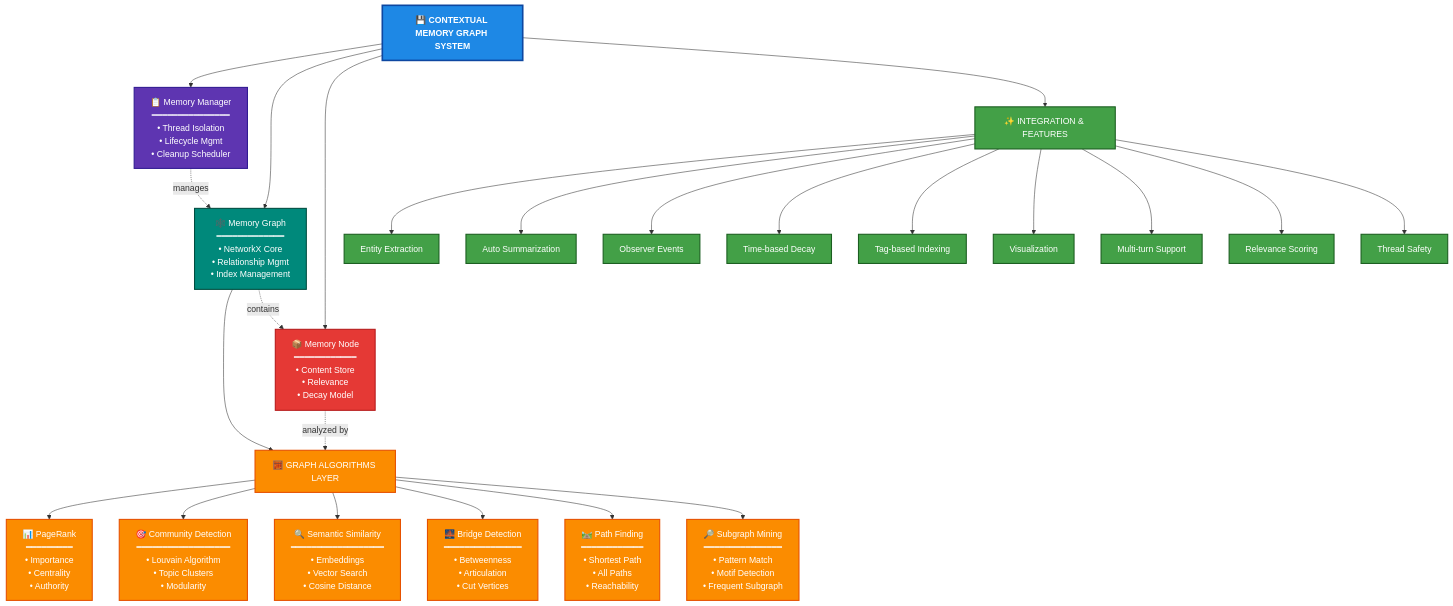
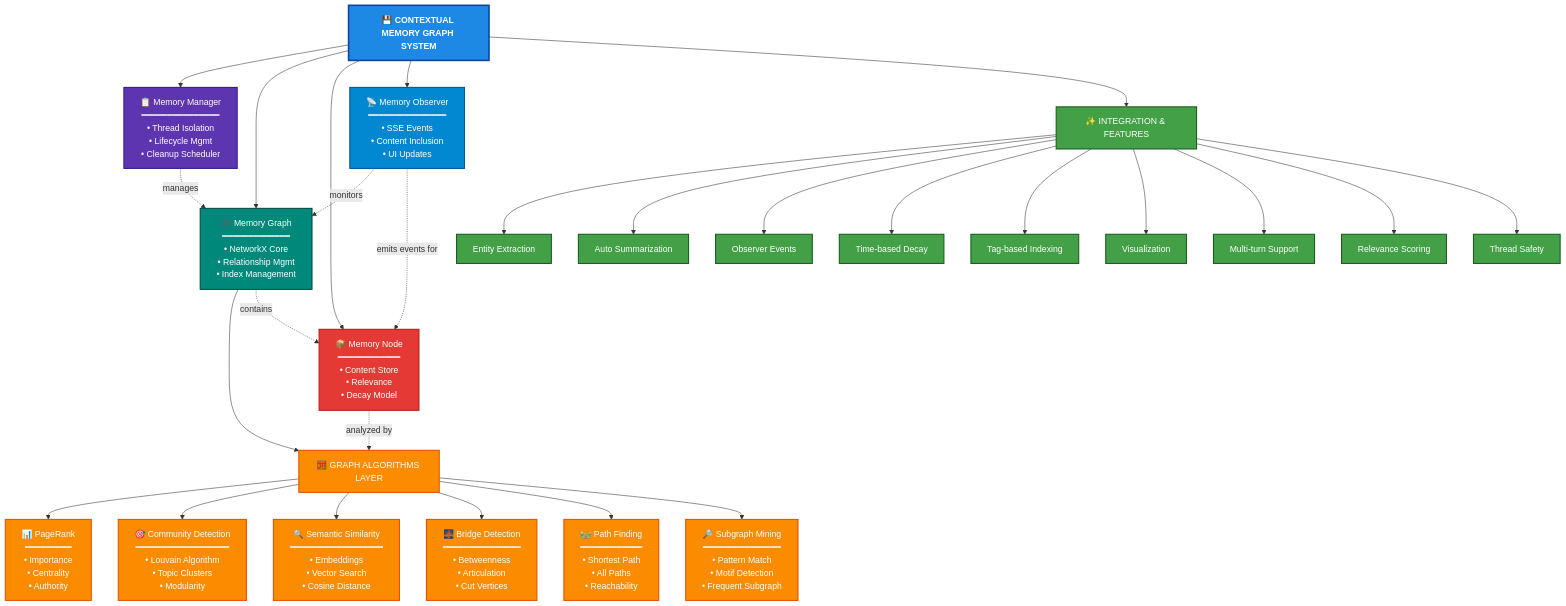
The first of 2 diagrams in docs/components/contextual-memory-graph.md (nickpeterson92/consultant-assistant), drawn with Mermaid before and after one commit. The commit also changed other lines of this file and 6 other files, not shown here.

````diff
--- a/docs/components/contextual-memory-graph.md
+++ b/docs/components/contextual-memory-graph.md
@@ -9,46 +9,52 @@
 ```mermaid
 flowchart TB
     %% Define styles
     classDef systemClass fill:#1e88e5,stroke:#0d47a1,stroke-width:3px,color:#ffffff,font-weight:bold
     classDef managerClass fill:#5e35b1,stroke:#311b92,stroke-width:2px,color:#ffffff
     classDef graphClass fill:#00897b,stroke:#004d40,stroke-width:2px,color:#ffffff
     classDef nodeClass fill:#e53935,stroke:#b71c1c,stroke-width:2px,color:#ffffff
     classDef algoClass fill:#fb8c00,stroke:#e65100,stroke-width:2px,color:#ffffff
     classDef featureClass fill:#43a047,stroke:#1b5e20,stroke-width:2px,color:#ffffff
+    classDef observerClass fill:#0288d1,stroke:#01579b,stroke-width:2px,color:#ffffff
     
     %% Top-level system
     SYSTEM[💾 CONTEXTUAL MEMORY GRAPH SYSTEM]:::systemClass
     
     %% Core components
     SYSTEM --> MANAGER[📋 Memory Manager<br>━━━━━━━━━━━━━━━<br>• Thread Isolation<br>• Lifecycle Mgmt<br>• Cleanup Scheduler]:::managerClass
     SYSTEM --> GRAPH[🕸️ Memory Graph<br>━━━━━━━━━━━━━<br>• NetworkX Core<br>• Relationship Mgmt<br>• Index Management]:::graphClass
     SYSTEM --> NODE[📦 Memory Node<br>━━━━━━━━━━━━<br>• Content Store<br>• Relevance<br>• Decay Model]:::nodeClass
+    
+    %% Observer Integration
+    SYSTEM --> OBSERVER[📡 Memory Observer<br>━━━━━━━━━━━━━━━<br>• SSE Events<br>• Content Inclusion<br>• UI Updates]:::observerClass
     
     %% Algorithms layer
     GRAPH --> ALGOS[🧮 GRAPH ALGORITHMS LAYER]:::algoClass
     
     %% Algorithm components
     ALGOS --> PR[📊 PageRank<br>━━━━━━━━━<br>• Importance<br>• Centrality<br>• Authority]:::algoClass
     ALGOS --> CD[🎯 Community Detection<br>━━━━━━━━━━━━━━━━━━<br>• Louvain Algorithm<br>• Topic Clusters<br>• Modularity]:::algoClass
     ALGOS --> SEM[🔍 Semantic Similarity<br>━━━━━━━━━━━━━━━━━━<br>• Embeddings<br>• Vector Search<br>• Cosine Distance]:::algoClass
     ALGOS --> BRIDGE[🌉 Bridge Detection<br>━━━━━━━━━━━━━━━<br>• Betweenness<br>• Articulation<br>• Cut Vertices]:::algoClass
     ALGOS --> PATH[🛤️ Path Finding<br>━━━━━━━━━━━━<br>• Shortest Path<br>• All Paths<br>• Reachability]:::algoClass
     ALGOS --> SUB[🔎 Subgraph Mining<br>━━━━━━━━━━━━━━━<br>• Pattern Match<br>• Motif Detection<br>• Frequent Subgraph]:::algoClass
     
     %% Features
     SYSTEM --> FEATURES[✨ INTEGRATION & FEATURES]:::featureClass
     FEATURES --> F1[Entity Extraction]:::featureClass
     FEATURES --> F2[Auto Summarization]:::featureClass
     FEATURES --> F3[Observer Events]:::featureClass
     FEATURES --> F4[Time-based Decay]:::featureClass
     FEATURES --> F5[Tag-based Indexing]:::featureClass
     FEATURES --> F6[Visualization]:::featureClass
     FEATURES --> F7[Multi-turn Support]:::featureClass
     FEATURES --> F8[Relevance Scoring]:::featureClass
     FEATURES --> F9[Thread Safety]:::featureClass
     
     %% Relationships
     MANAGER -.->|manages| GRAPH
     GRAPH -.->|contains| NODE
     NODE -.->|analyzed by| ALGOS
+    OBSERVER -.->|monitors| GRAPH
+    OBSERVER -.->|emits events for| NODE
 ```
````
